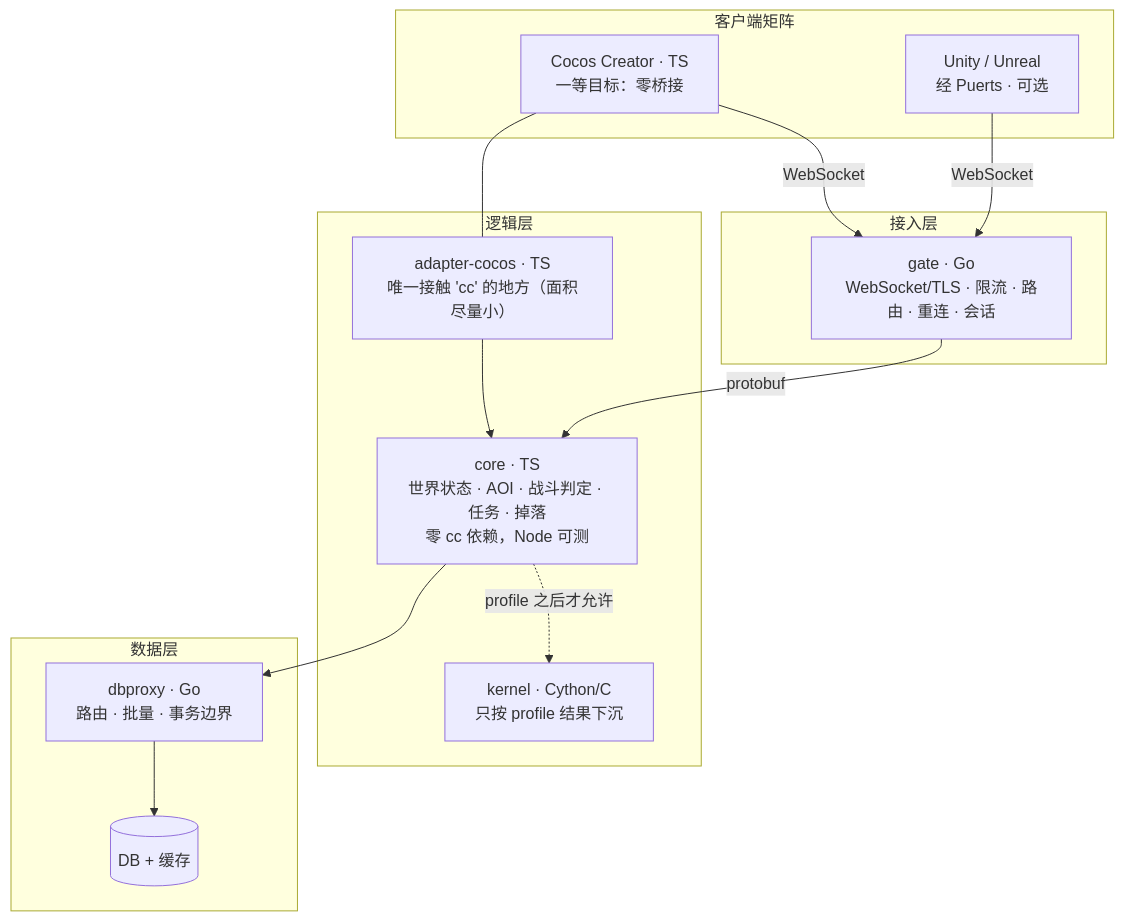
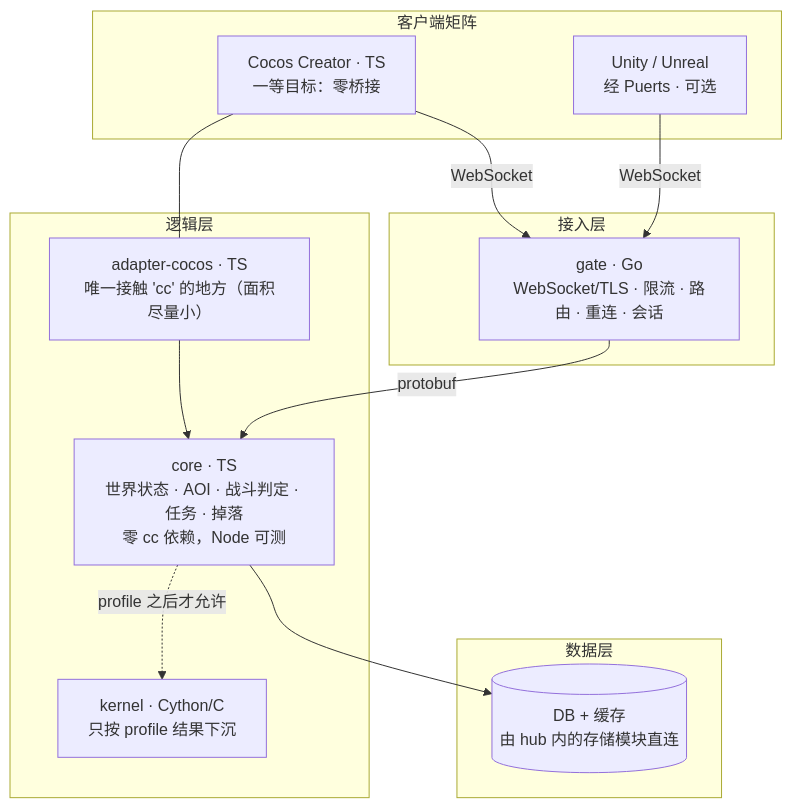
The diagram in docs/server-engine-stack.md (qianqians/meter), drawn with Mermaid before and after one commit. The commit also changed other lines of this file and 37 other files, not shown here.

````diff
--- a/docs/server-engine-stack.md
+++ b/docs/server-engine-stack.md
@@ -72,30 +72,29 @@
 ```mermaid
 flowchart TB
   subgraph CL["客户端矩阵"]
     C1["Cocos Creator · TS<br/>一等目标：零桥接"]
     C2["Unity / Unreal<br/>经 Puerts · 可选"]
   end
 
   subgraph EDGE["接入层"]
     G["gate · Go<br/>WebSocket/TLS · 限流 · 路由 · 重连 · 会话"]
   end
 
   subgraph LOGIC["逻辑层"]
     K["core · TS<br/>世界状态 · AOI · 战斗判定 · 任务 · 掉落<br/>零 cc 依赖，Node 可测"]
     N["kernel · Cython/C<br/>只按 profile 结果下沉"]
     AD["adapter-cocos · TS<br/>唯一接触 'cc' 的地方（面积尽量小）"]
   end
 
   subgraph DATA["数据层"]
-    D["dbproxy · Go<br/>路由 · 批量 · 事务边界"]
-    DB[("DB + 缓存")]
+    DB[("DB + 缓存<br/>由 hub 内的存储模块直连")]
   end
 
   C1 -->|WebSocket| G
   C2 -->|WebSocket| G
   C1 --- AD
   AD --> K
   K -.->|profile 之后才允许| N
   G -->|protobuf| K
-  K --> D --> DB
+  K --> DB
 ```
````
